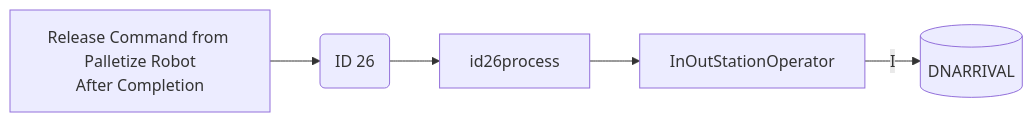
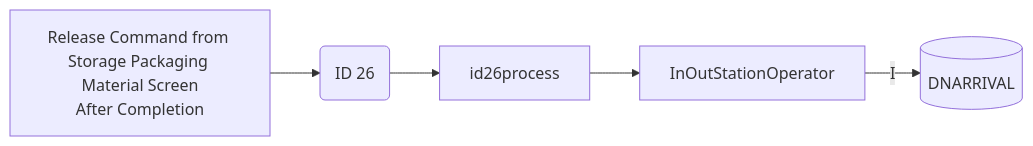
One commit to luthfiadityaa/SimeDarby-Wiki changed the third of 5 diagrams in Basic-Design/DFD-WMS/Storage/Planned-Storage-to-Ambient-Area-(PKG).md. Above: the diagram before and after it, drawn with Mermaid. The commit also changed other lines of this file, not shown here.

Commit message:
Updated Planned Storage to Ambient Area (PKG)

```diff
--- a/Basic-Design/DFD-WMS/Storage/Planned-Storage-to-Ambient-Area-(PKG).md
+++ b/Basic-Design/DFD-WMS/Storage/Planned-Storage-to-Ambient-Area-(PKG).md
@@ -472,21 +473,21 @@
 ::: mermaid
 flowchart LR
 
 releaseCommand["
-Release Command from Palletize Robot
+Release Command from Storage Packaging Material Screen
 After Completion 
 "]
 
 id26msg("
 ID 26
 ")
 
 id26-insert[("
 DNARRIVAL
 ")]
 
 inoutstationoperator[InOutStationOperator]
 
 releaseCommand-->id26msg-->id26process-->inoutstationoperator
 inoutstationoperator--I-->id26-insert
 :::
```
